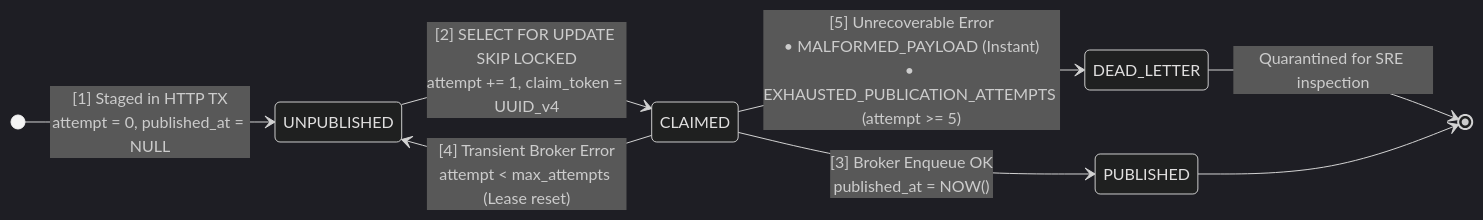
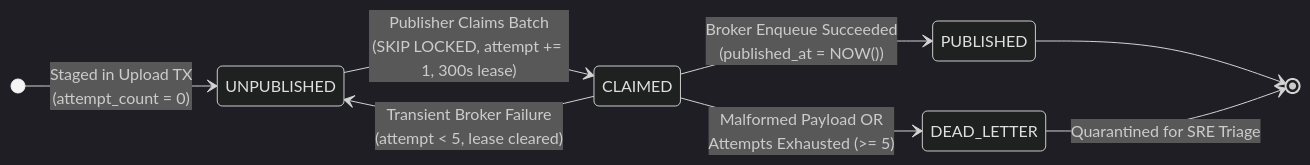
The sixth of 9 diagrams in README.md (theeaashish/Outbox-RAG), drawn with Mermaid (dark theme) before and after one commit. The commit also changed other lines of this file, not shown here.

Commit message:
docs: refactor architecture documentation and update repository references

````diff
--- a/README.md
+++ b/README.md
@@ -262,17 +280,13 @@
 ```mermaid
 stateDiagram-v2
     direction LR
 
-    [*] --> UNPUBLISHED: [1] Staged in HTTP TX<br/>attempt = 0, published_at = NULL
+    [*] --> UNPUBLISHED: Staged in Upload TX<br/>(attempt_count = 0)
+    UNPUBLISHED --> CLAIMED: Publisher Claims Batch<br/>(SKIP LOCKED, attempt += 1, 300s lease)
+    CLAIMED --> PUBLISHED: Broker Enqueue Succeeded<br/>(published_at = NOW())
+    CLAIMED --> UNPUBLISHED: Transient Broker Failure<br/>(attempt < 5, lease cleared)
+    CLAIMED --> DEAD_LETTER: Malformed Payload OR<br/>Attempts Exhausted (>= 5)
 
-    UNPUBLISHED --> CLAIMED: [2] SELECT FOR UPDATE SKIP LOCKED<br/>attempt += 1, claim_token = UUID_v4
-    
-    CLAIMED --> PUBLISHED: [3] Broker Enqueue OK<br/>published_at = NOW()
-    
-    CLAIMED --> UNPUBLISHED: [4] Transient Broker Error<br/>attempt < max_attempts (Lease reset)
-
-    CLAIMED --> DEAD_LETTER: [5] Unrecoverable Error<br/>• MALFORMED_PAYLOAD (Instant)<br/>• EXHAUSTED_PUBLICATION_ATTEMPTS (attempt >= 5)
-
-    DEAD_LETTER --> [*]: Quarantined for SRE inspection
     PUBLISHED --> [*]
+    DEAD_LETTER --> [*]: Quarantined for SRE Triage
 ```
````
